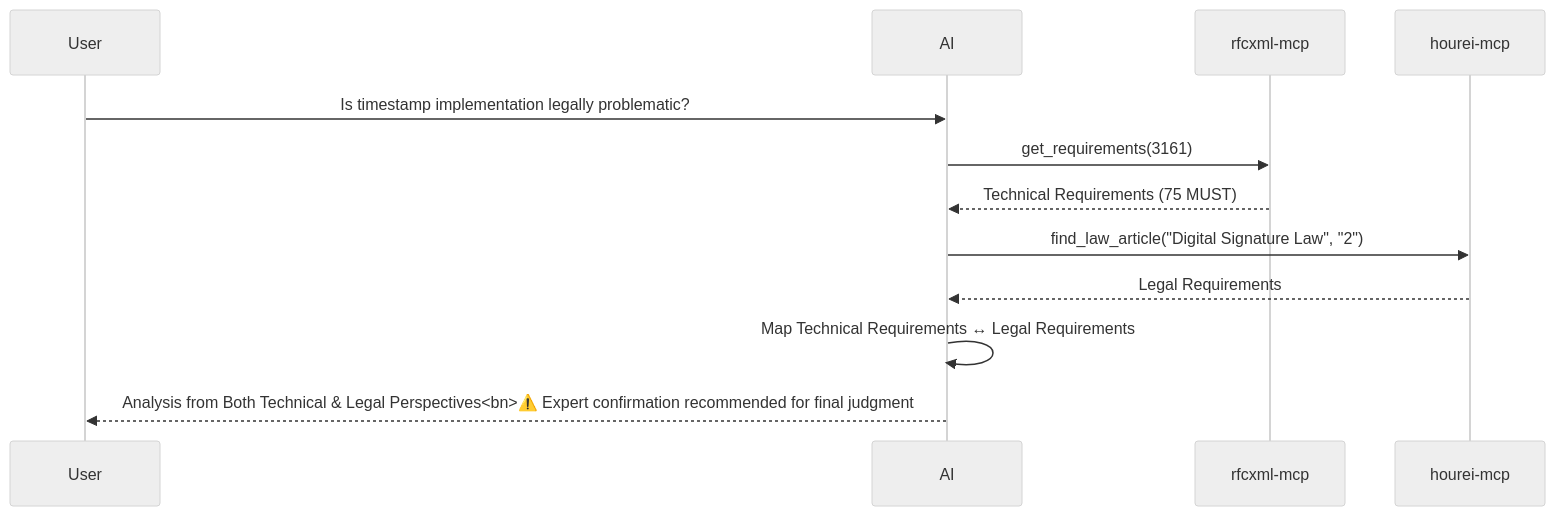
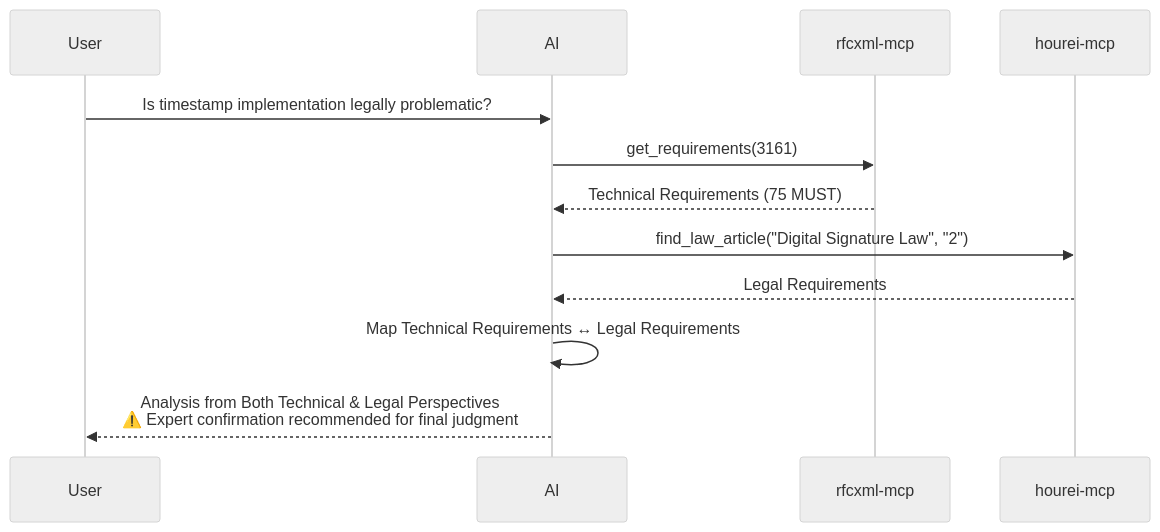
The seventh of 10 diagrams in docs/concepts/05-solving-ai-limitations.md (shuji-bonji/ai-agent-architecture), drawn with Mermaid (neutral theme) before and after one commit. The commit also changed other lines of this file and 8 other files, not shown here.

````diff
--- a/docs/concepts/05-solving-ai-limitations.md
+++ b/docs/concepts/05-solving-ai-limitations.md
@@ -266,15 +266,15 @@
 ```mermaid
 sequenceDiagram
     participant U as User
     participant AI as AI
     participant RFC as rfcxml-mcp
     participant LAW as hourei-mcp
 
     U->>AI: Is timestamp implementation legally problematic?
     AI->>RFC: get_requirements(3161)
     RFC-->>AI: Technical Requirements (75 MUST)
     AI->>LAW: find_law_article("Digital Signature Law", "2")
     LAW-->>AI: Legal Requirements
     AI->>AI: Map Technical Requirements ↔ Legal Requirements
-    AI-->>U: Analysis from Both Technical & Legal Perspectives<bn>⚠️ Expert confirmation recommended for final judgment
+    AI-->>U: Analysis from Both Technical & Legal Perspectives<br>⚠️ Expert confirmation recommended for final judgment
 ```
````
